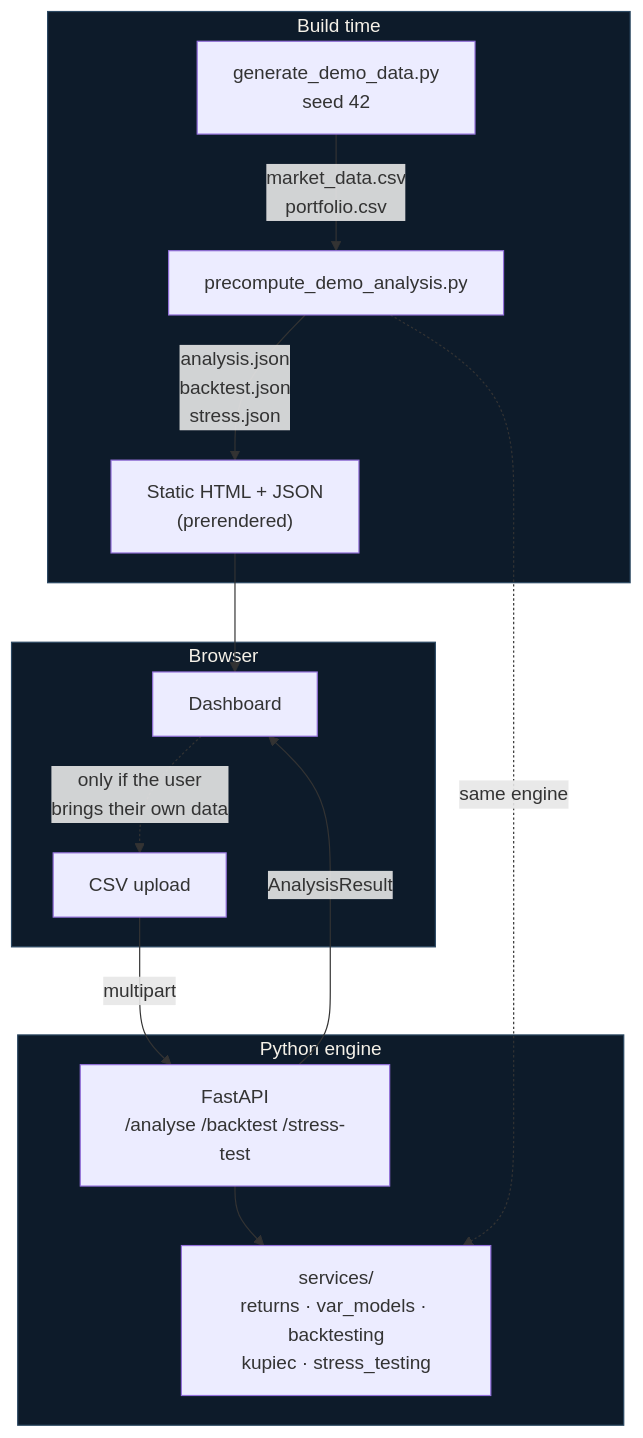
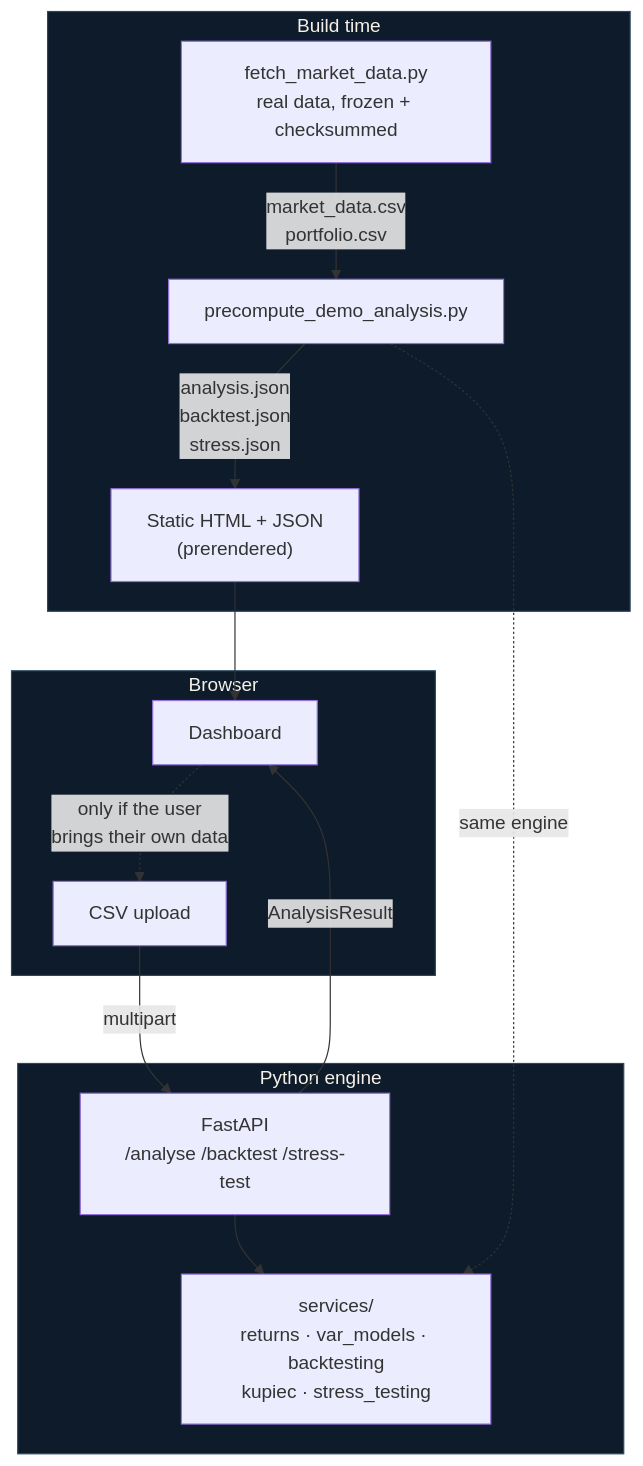
Before and after one commit to tonynguyenbk/vn-portfolio-risk-auditor: the diagram in docs/architecture.md, drawn with Mermaid. The commit also changed other lines of this file and 6 other files, not shown here.

````diff
--- a/docs/architecture.md
+++ b/docs/architecture.md
@@ -10,31 +10,31 @@
 ```mermaid
 flowchart TB
     subgraph build["Build time"]
-        gen["generate_demo_data.py<br/>seed 42"]
+        gen["fetch_market_data.py<br/>real data, frozen + checksummed"]
         pre["precompute_demo_analysis.py"]
         gen -->|"market_data.csv<br/>portfolio.csv"| pre
         pre -->|"analysis.json<br/>backtest.json<br/>stress.json"| static
     end
 
     subgraph browser["Browser"]
         static["Static HTML + JSON<br/>(prerendered)"]
         ui["Dashboard"]
         static --> ui
         upload["CSV upload"]
         ui -.->|"only if the user<br/>brings their own data"| upload
     end
 
     subgraph server["Python engine"]
         api["FastAPI<br/>/analyse /backtest /stress-test"]
         svc["services/<br/>returns · var_models · backtesting<br/>kupiec · stress_testing"]
         api --> svc
     end
 
     upload -->|"multipart"| api
     api -->|"AnalysisResult"| ui
     pre -.->|"same engine"| svc
 
     style build fill:#0d1b2a,stroke:#2b4862,color:#f5f1e8
     style browser fill:#0d1b2a,stroke:#2b4862,color:#f5f1e8
     style server fill:#0d1b2a,stroke:#2b4862,color:#f5f1e8
 ```
````
